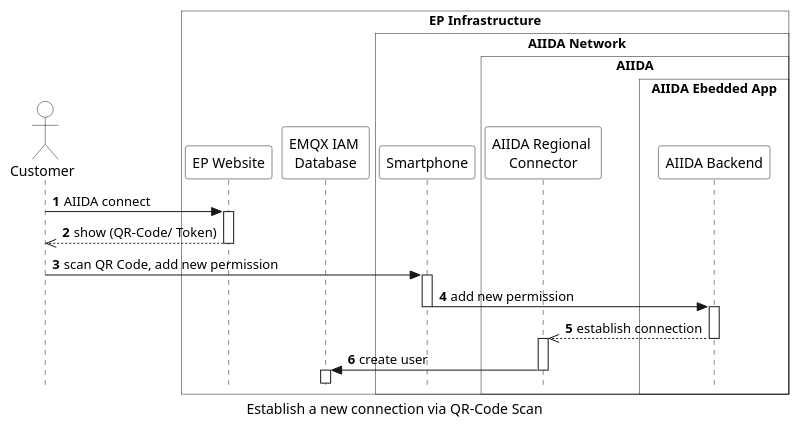
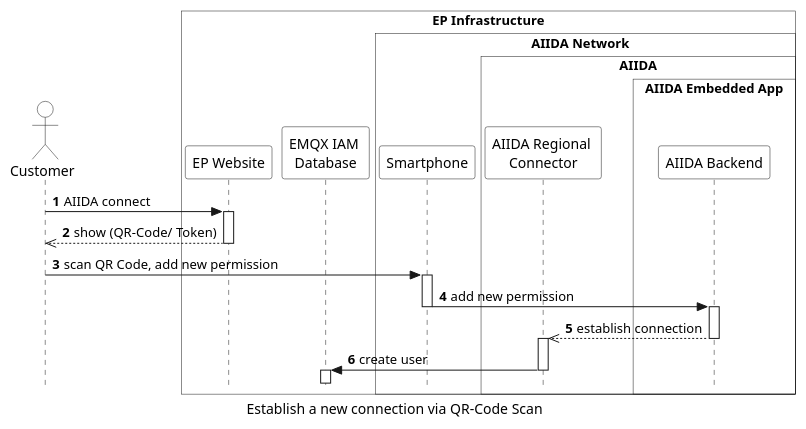
One commit to eddie-energy/architecture changed the diagram in arc42/aiida/runtime-view/figures/aiida_new_connection_qr.puml. Above: the diagram before and after it, drawn with PlantUML. The commit also changed 5 other files, not shown here.

```diff
--- a/arc42/aiida/runtime-view/figures/aiida_new_connection_qr.puml
+++ b/arc42/aiida/runtime-view/figures/aiida_new_connection_qr.puml
@@ -1,50 +1,50 @@
 @startuml aiida_new_connection_qr
 'sequence diagram
 caption Establish a new connection via QR-Code Scan
 
 skinparam style strictuml
 skinparam sequence {
   ParticipantBackgroundColor transparent
   ActorBackgroundColor transparent
 }
 
 autonumber
 !pragma teoz true
 
 actor "Customer" as user
 box "EP Infrastructure" #transparent
   participant "EP Website" as website
   participant "EMQX IAM \nDatabase" as database
     box "\tAIIDA Network\t\t"  #transparent
     participant "Smartphone" as smartphone  
     box "AIIDA" #transparent
     participant "AIIDA Regional \nConnector" as connector
-       box "AIIDA Ebedded App" #transparent
+       box "AIIDA Embedded App" #transparent
       participant "AIIDA Backend" as backend
     end box
   end box
 end box
 
 user -> website : AIIDA connect
 activate website
 
   website -->> user : show (QR-Code/ Token)
 deactivate website
 
 
   user -> smartphone : scan QR Code, add new permission
   activate smartphone
     smartphone -> backend : add new permission
     deactivate smartphone
     activate backend
     backend -->> connector : establish connection
     activate connector
     deactivate backend
     connector -> database : create user
     deactivate connector
     activate database
     deactivate database
   deactivate smartphone
 
 
 @enduml
```
